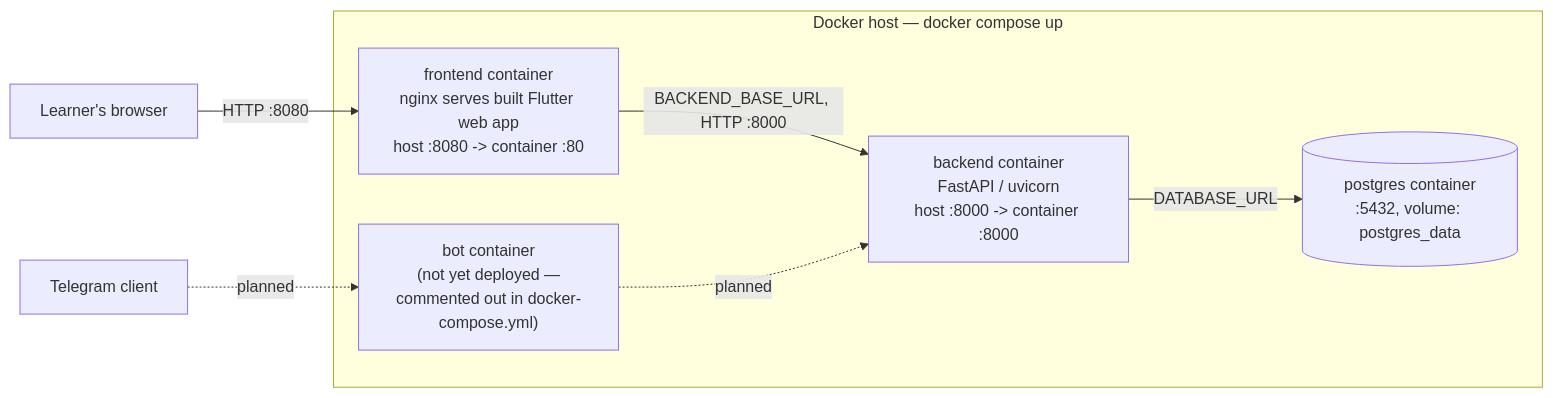
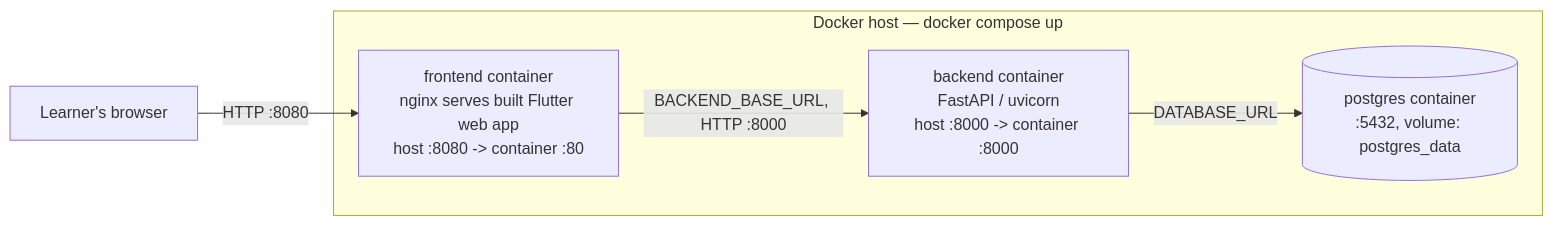
The third of 3 diagrams in docs/architecture/system-architecture.md (virtual-ai-patient/platform), drawn with Mermaid before and after one commit. The commit also changed other lines of this file, not shown here.

Commit message:
docs: remove bot references from architecture diagrams

````diff
--- a/docs/architecture/system-architecture.md
+++ b/docs/architecture/system-architecture.md
@@ -149,18 +147,14 @@
 ```mermaid
 flowchart LR
     Browser["Learner's browser"]
-    TGClient["Telegram client"]
 
     subgraph Host["Docker host — docker compose up"]
         FE["frontend container\nnginx serves built Flutter web app\nhost :8080 -> container :80"]
         BE["backend container\nFastAPI / uvicorn\nhost :8000 -> container :8000"]
         PG[("postgres container\n:5432, volume: postgres_data")]
-        BOT["bot container\n(not yet deployed —\ncommented out in docker-compose.yml)"]
     end
 
     Browser -->|HTTP :8080| FE
     FE -->|BACKEND_BASE_URL, HTTP :8000| BE
     BE -->|DATABASE_URL| PG
-    TGClient -.->|planned| BOT
-    BOT -.->|planned| BE
 ```
````
